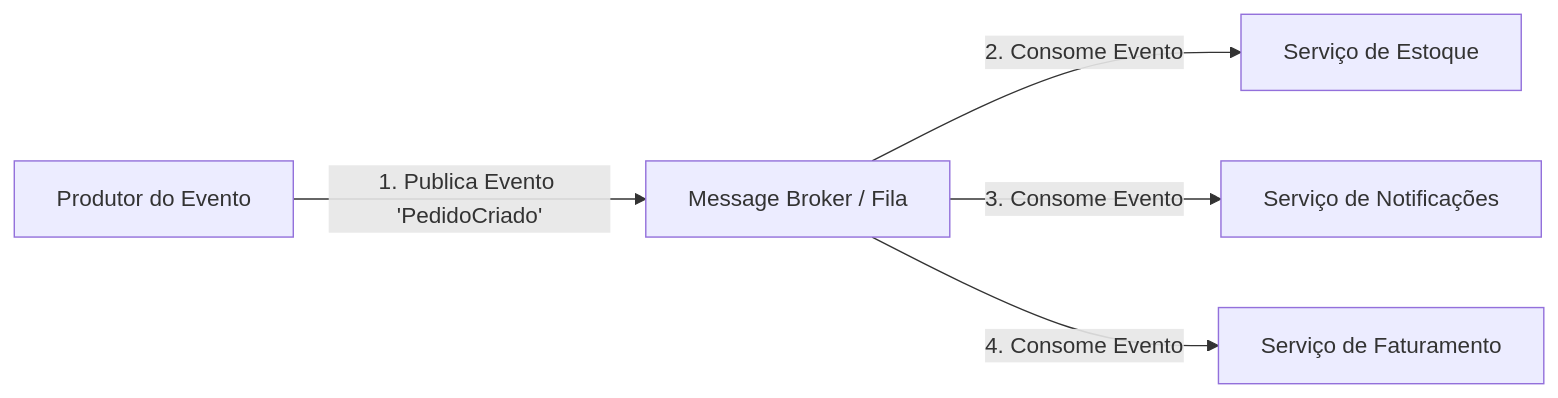
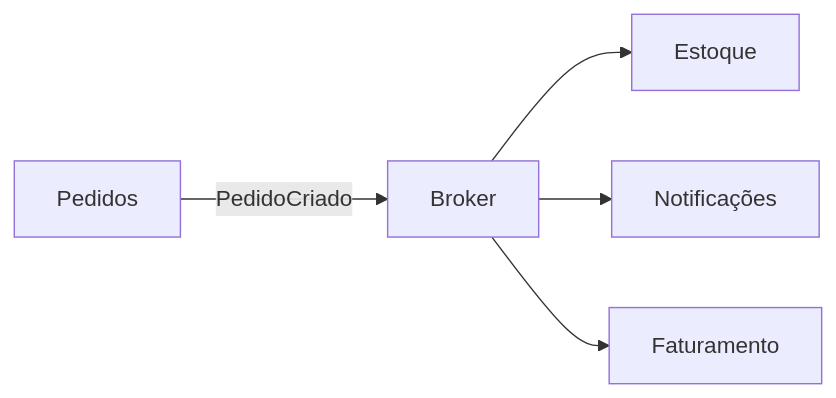
The fourth of 4 diagrams in Arquiteto de Software/01 Fundamentos em arquitetura de software/06 Estilos arquiteturais distribuidos.md (MaicomMRampi/software-architecture-handbook), drawn with Mermaid before and after one commit. The commit also changed other lines of this file and 43 other files, not shown here.

````diff
--- a/Arquiteto de Software/01 Fundamentos em arquitetura de software/06 Estilos arquiteturais distribuidos.md
+++ b/Arquiteto de Software/01 Fundamentos em arquitetura de software/06 Estilos arquiteturais distribuidos.md
@@ -107,7 +142,7 @@
 ```mermaid
 graph LR
-    P[Produtor do Evento] -->|1. Publica Evento 'PedidoCriado'| B[Message Broker / Fila]
-    B -->|2. Consome Evento| C1[Serviço de Estoque]
-    B -->|3. Consome Evento| C2[Serviço de Notificações]
-    B -->|4. Consome Evento| C3[Serviço de Faturamento]
+    P[Pedidos] -->|PedidoCriado| B[Broker]
+    B --> C1[Estoque]
+    B --> C2[Notificações]
+    B --> C3[Faturamento]
 ```
````
